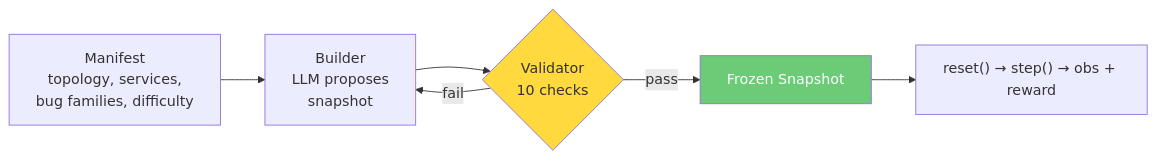
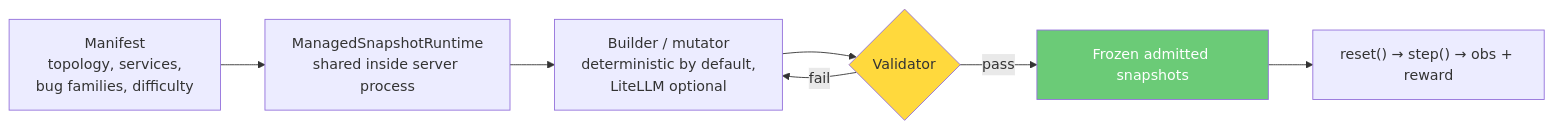
One commit to open-cybernauts/open-range changed the diagram in README.md. Above: the diagram before and after it, drawn with Mermaid. The commit also changed other lines of this file and 8 other files, not shown here.

Commit message:
Add managed snapshot runtime behind OpenEnv server

````diff
--- a/README.md
+++ b/README.md
@@ -17,11 +17,12 @@
 ```mermaid
 flowchart LR
-    M[Manifest<br/>topology, services,<br/>bug families, difficulty] --> B[Builder<br/>LLM proposes<br/>snapshot]
-    B --> V{Validator<br/>10 checks}
+    M[Manifest<br/>topology, services,<br/>bug families, difficulty] --> R[ManagedSnapshotRuntime<br/>shared inside server process]
+    R --> B[Builder / mutator<br/>deterministic by default,<br/>LiteLLM optional]
+    B --> V{Validator}
     V -->|fail| B
-    V -->|pass| S[Frozen Snapshot]
+    V -->|pass| S[Frozen admitted snapshots]
     S --> E["reset() → step() → obs + reward"]
 
     style V fill:#ffd93d,color:#333
     style S fill:#6bcb77,color:#fff
 ```
````
